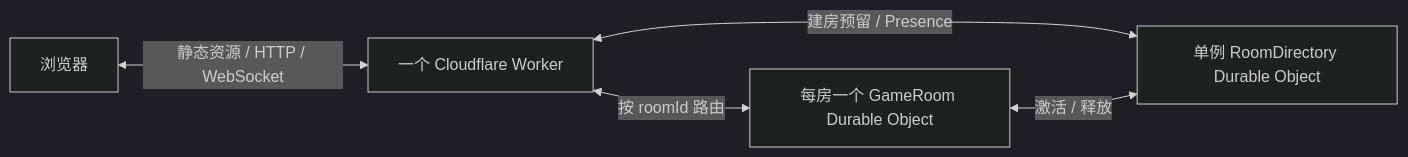
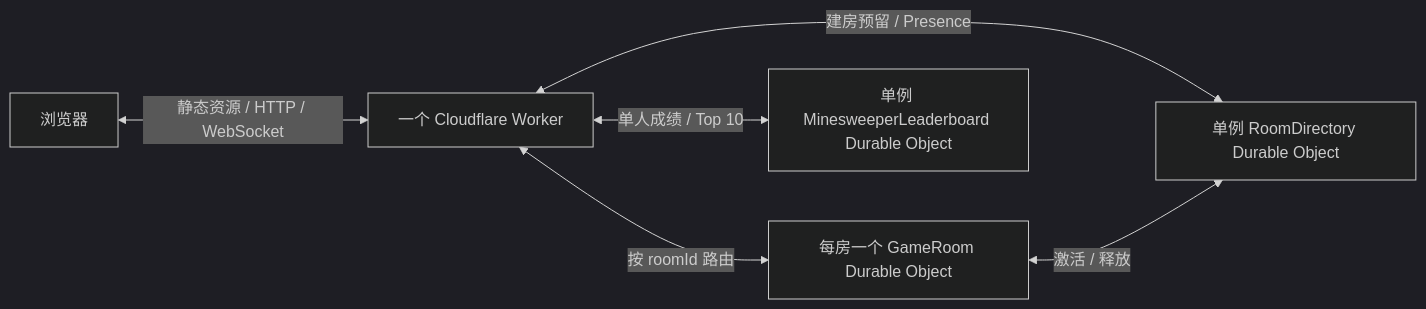
One commit to Helloworld2345567/game-play-web changed the diagram in docs/GOMOKU_PLATFORM_PLAN.md. Above: the diagram before and after it, drawn with Mermaid (dark theme). The commit also changed other lines of this file and 39 other files, not shown here.

````diff
--- a/docs/GOMOKU_PLATFORM_PLAN.md
+++ b/docs/GOMOKU_PLATFORM_PLAN.md
@@ -12,7 +12,8 @@
 ```mermaid
 flowchart LR
     B[浏览器] <-->|静态资源 / HTTP / WebSocket| W[一个 Cloudflare Worker]
     W <-->|按 roomId 路由| R[每房一个 GameRoom Durable Object]
     W <-->|建房预留 / Presence| D[单例 RoomDirectory Durable Object]
+    W <-->|单人成绩 / Top 10| L[单例 MinesweeperLeaderboard Durable Object]
     R <-->|激活 / 释放| D
 ```
````
